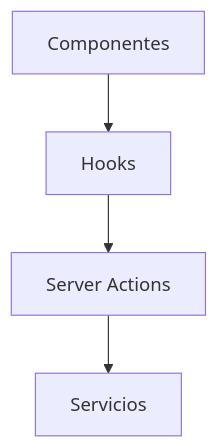
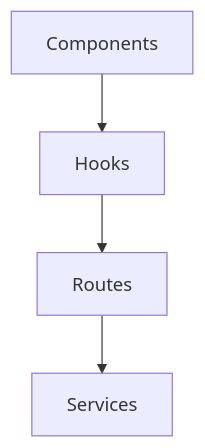
The diagram in src/lib/hooks/README.md (gvastethecreator/media-manager), drawn with Mermaid before and after one commit. The commit also changed other lines of this file and 104 other files, not shown here.

Commit message:
docs: initialize comprehensive architectural documentation and component-level README files across the repository.

````diff
--- a/src/lib/hooks/README.md
+++ b/src/lib/hooks/README.md
@@ -11,6 +15,6 @@
 ```mermaid
 flowchart TD
-    A[Componentes] --> B[Hooks]
-    B --> C[Server Actions]
-    C --> D[Servicios]
+    A[Components] --> B[Hooks]
+    B --> C[Routes]
+    C --> D[Services]
 ```
````
